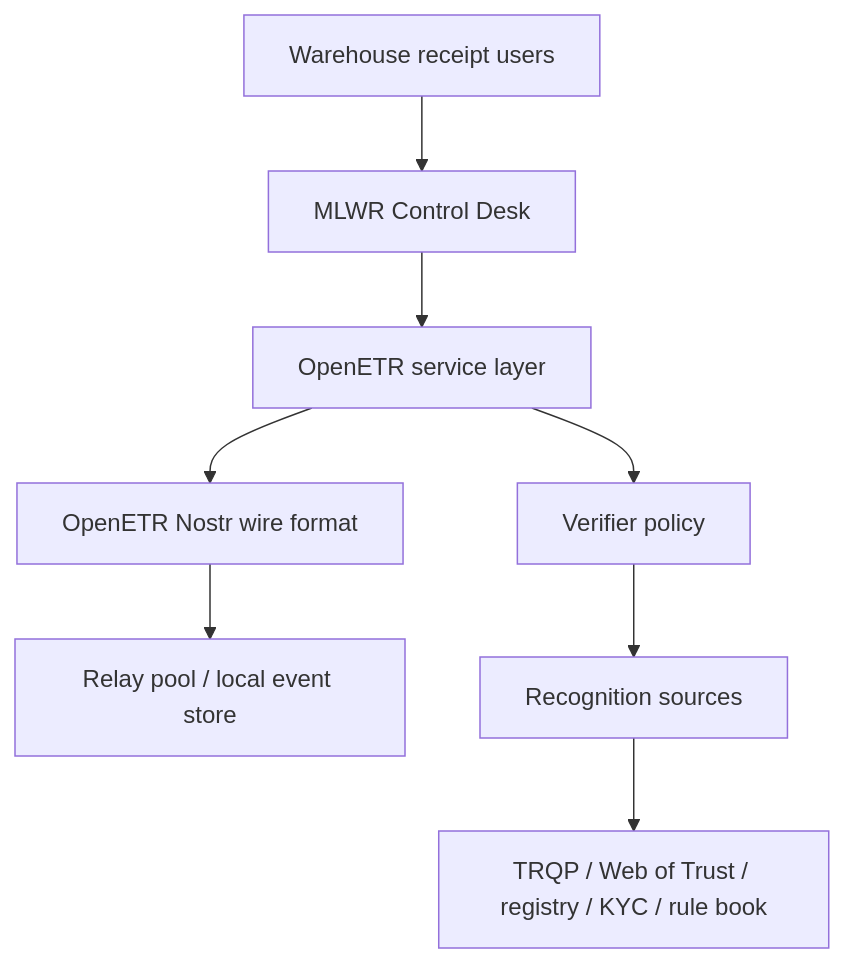
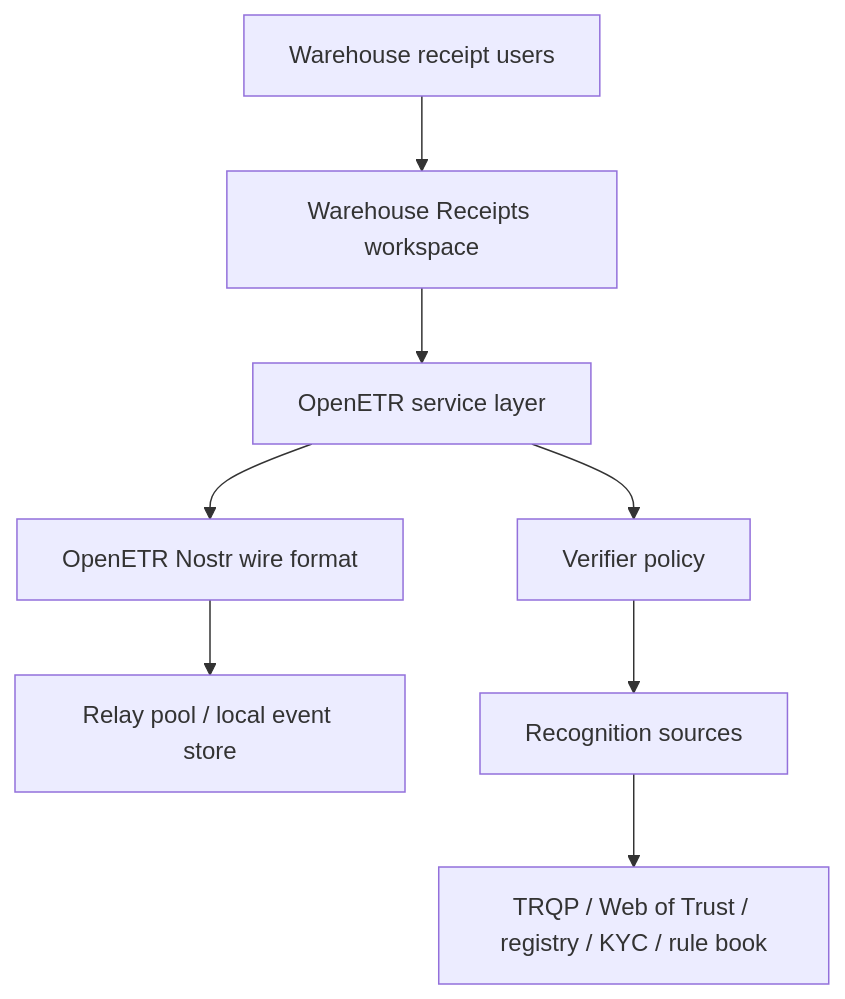
One commit to trbouma/openetr changed the diagram in docs-site/architecture.md. Above: the diagram before and after it, drawn with Mermaid. The commit also changed other lines of this file and 23 other files, not shown here.

````diff
--- a/docs-site/architecture.md
+++ b/docs-site/architecture.md
@@ -7,10 +7,10 @@
 ```mermaid
 flowchart TB
-  A["Warehouse receipt users"] --> B["MLWR Control Desk"]
+  A["Warehouse receipt users"] --> B["Warehouse Receipts workspace"]
   B --> C["OpenETR service layer"]
   C --> D["OpenETR Nostr wire format"]
   D --> E["Relay pool / local event store"]
   C --> F["Verifier policy"]
   F --> G["Recognition sources"]
   G --> H["TRQP / Web of Trust / registry / KYC / rule book"]
 ```
````
